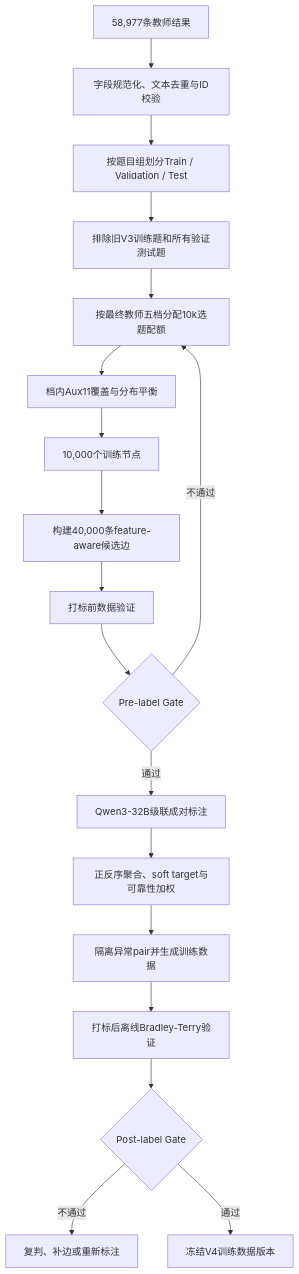
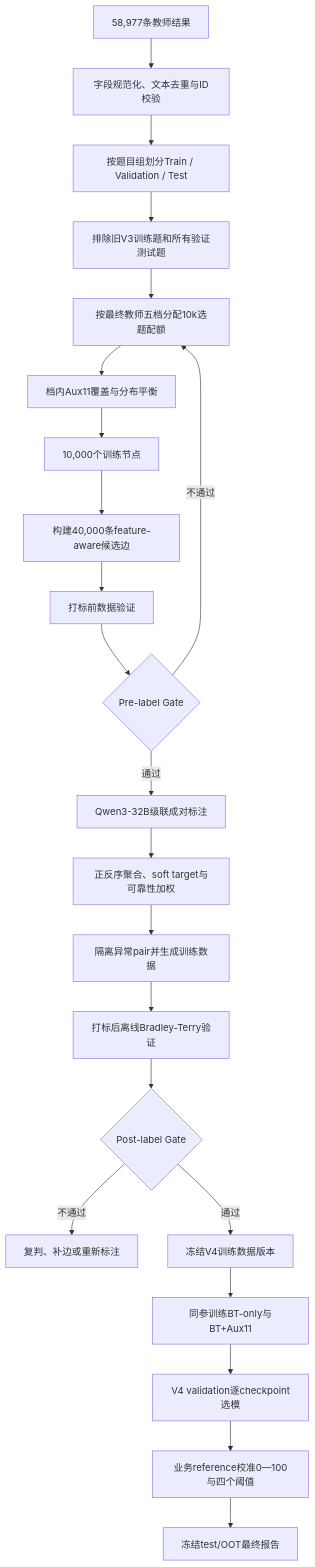
One commit to wishfine/physics-difficulty-rater changed the diagram in docs/v4_10k_40k_expansion_plan.md. Above: the diagram before and after it, drawn with Mermaid. The commit also changed other lines of this file and 3 other files, not shown here.

````diff
--- a/docs/v4_10k_40k_expansion_plan.md
+++ b/docs/v4_10k_40k_expansion_plan.md
@@ -72,20 +73,24 @@
 ```mermaid
 flowchart TD
     A["58,977条教师结果"] --> B["字段规范化、文本去重与ID校验"]
     B --> C["按题目组划分Train / Validation / Test"]
     C --> D["排除旧V3训练题和所有验证测试题"]
     D --> E["按最终教师五档分配10k选题配额"]
     E --> F["档内Aux11覆盖与分布平衡"]
     F --> G["10,000个训练节点"]
     G --> H["构建40,000条feature-aware候选边"]
     H --> I["打标前数据验证"]
     I --> J{"Pre-label Gate"}
     J -- "不通过" --> E
     J -- "通过" --> K["Qwen3-32B级联成对标注"]
     K --> L["正反序聚合、soft target与可靠性加权"]
     L --> M["隔离异常pair并生成训练数据"]
     M --> N["打标后离线Bradley-Terry验证"]
     N --> O{"Post-label Gate"}
     O -- "不通过" --> P["复判、补边或重新标注"]
     O -- "通过" --> Q["冻结V4训练数据版本"]
+    Q --> R["同参训练BT-only与BT+Aux11"]
+    R --> S["V4 validation逐checkpoint选模"]
+    S --> T["业务reference校准0—100与四个阈值"]
+    T --> U["冻结test/OOT最终报告"]
 ```
````
